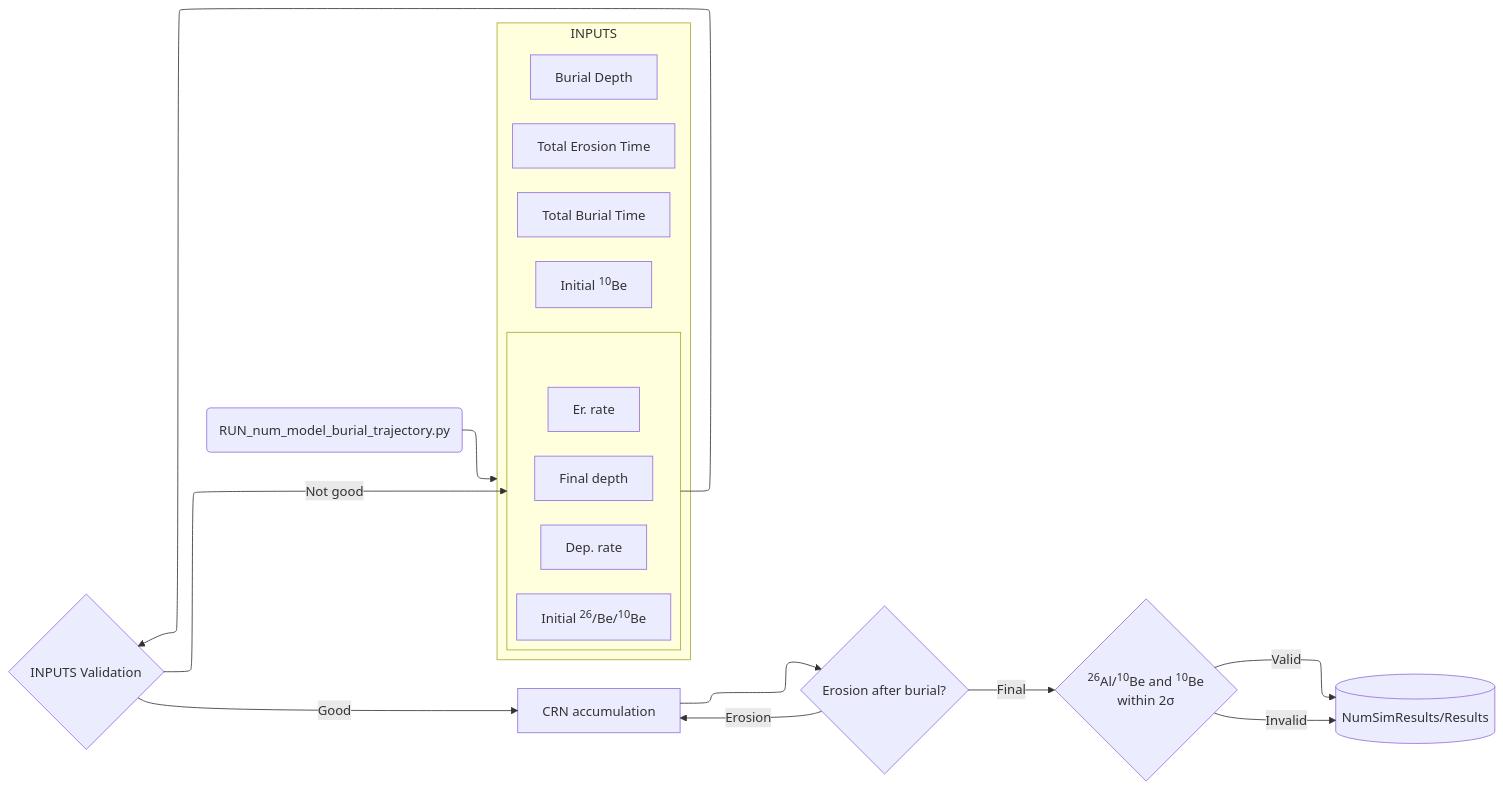
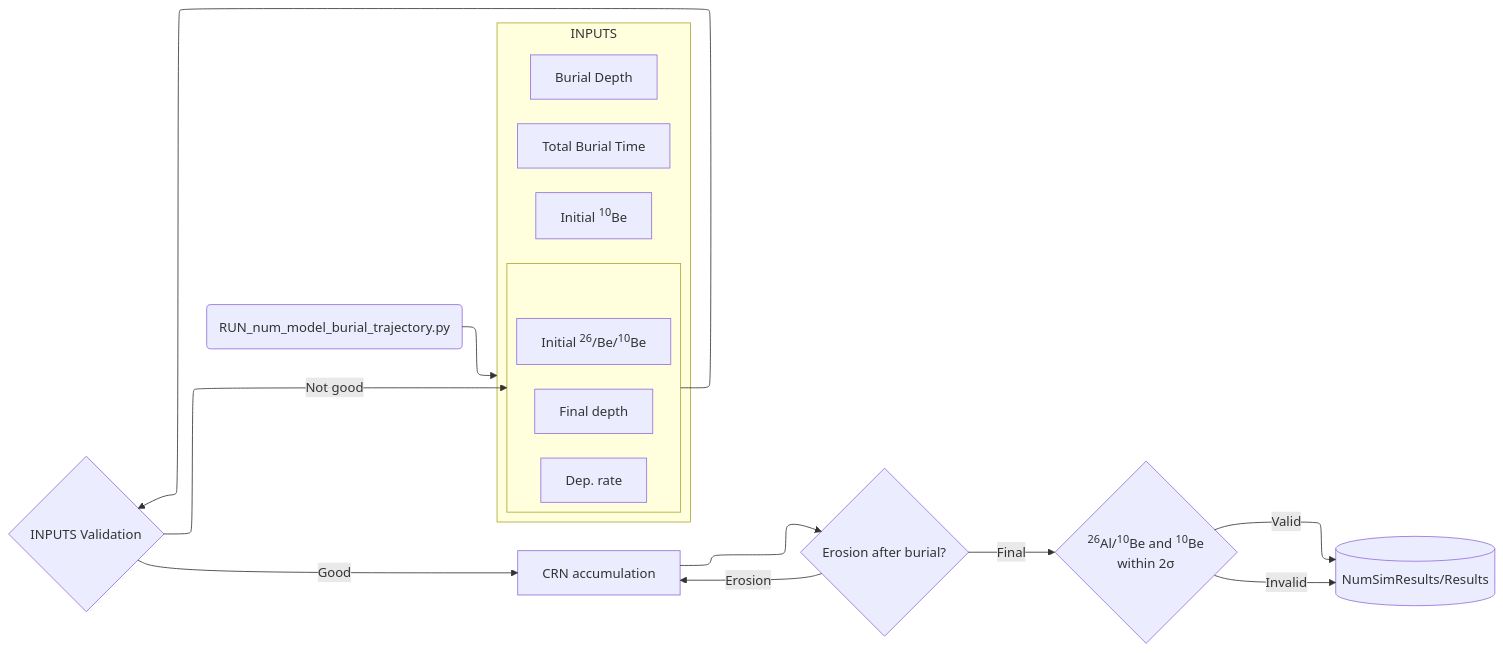
One commit to thepedroland/Numerical_Burial_Age_Model_PO_26 changed the diagram in README.md. Above: the diagram before and after it, drawn with Mermaid. The commit also changed other lines of this file and 114 other files, not shown here.

````diff
--- a/README.md
+++ b/README.md
@@ -22,42 +22,40 @@
 ```mermaid
 ---
 config:
   layout: elk
 ---
 flowchart LR
     RUN(RUN_num_model_burial_trajectory.py) --> INPUTS
     subgraph INPUTS [INPUTS]
         A[Initial <sup>10</sup>Be]
         TB[Total Burial Time]
-        TE[Total Erosion Time]
         BD[Burial Depth]
 
         subgraph PARAMS [ ]
             FD[Final depth]
             DR[Dep. rate]
-            ER[Er. rate]
             R[Initial <sup>26</sup>/Be/<sup>10</sup>Be]
 
         end
     end
 
     PARAMS --> V{INPUTS Validation}
 
     V -->|Good| B
     V -->|Not good| PARAMS
 
     B[CRN accumulation]
     
     B --> F{Erosion after burial?}
     
     F -->|Erosion| B
     F -->|Final| E
     
     E{<sup>26</sup>Al/<sup>10</sup>Be and <sup>10</sup>Be \n within 2σ}
     
     E -->|Valid| STORE
     E -->|Invalid| STORE
     
     STORE[(NumSimResults/Results)]
         
 ```
````
